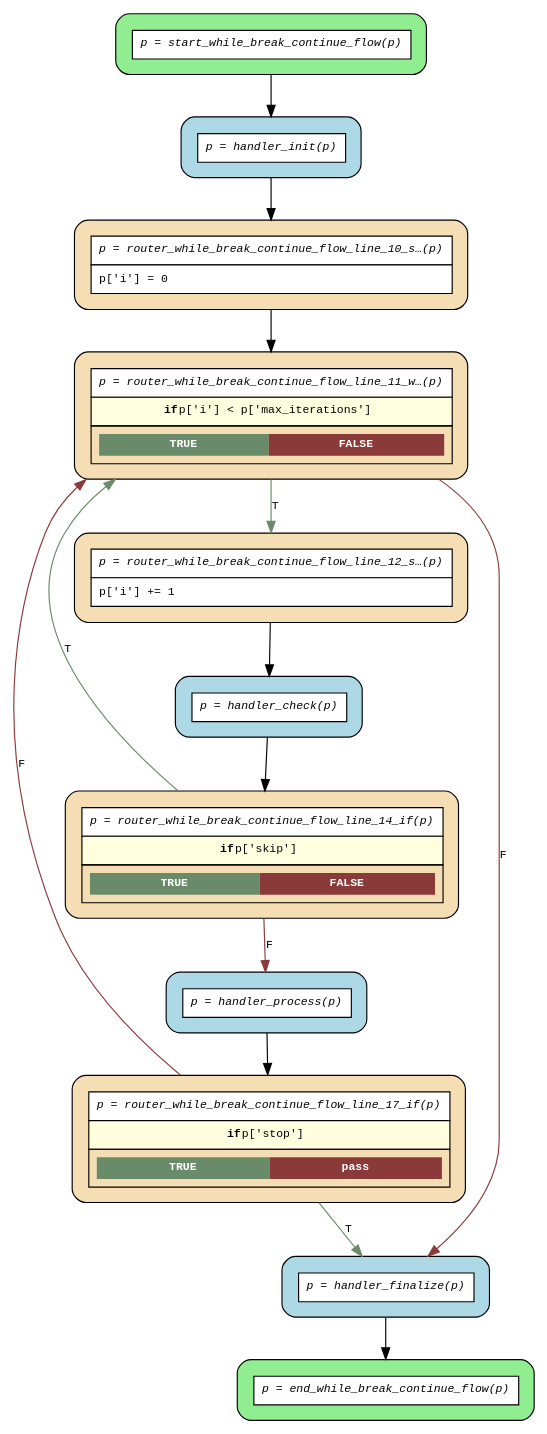
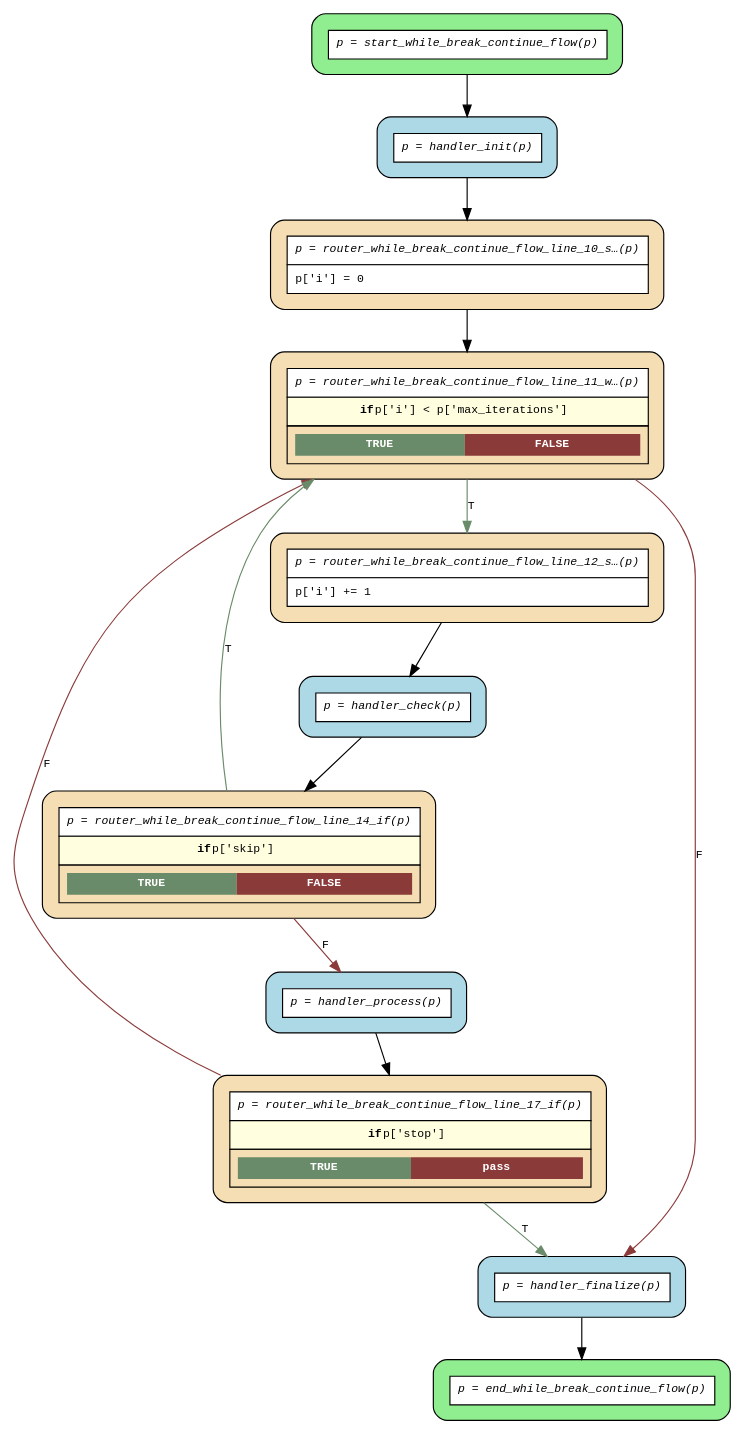
One commit to deliveryhero/asya changed the diagram in examples/flows/compiled/while_break_continue/flow.dot. Above: the diagram before and after it, drawn with Graphviz. The commit also changed 71 other files, not shown here.

```diff
--- a/examples/flows/compiled/while_break_continue/flow.dot
+++ b/examples/flows/compiled/while_break_continue/flow.dot
@@ -1,32 +1,32 @@
 digraph flow {
   rankdir=TB;
   graph [fontname="Courier", fontsize=10];
   node [fontname="Courier", fontsize=10, shape=box, style="filled,rounded", margin="0.2"];
   edge [fontname="Courier", fontsize=10];
 
-  start_while_break_continue_flow [fillcolor="lightgreen", label=<<table border="0" cellspacing="0" cellpadding="6" cellborder="1"><tr><td bgcolor="white" align="center"><i>p = start_while_break_continue_flow(p)</i></td></tr></table>>];
-  router_while_break_continue_flow_line_17_if [fillcolor="wheat", label=<<table border="0" cellspacing="0" cellpadding="6" cellborder="1"><tr><td bgcolor="white" align="center"><i>p = router_while_break_continue_flow_line_17_if(p)</i></td></tr><tr><td bgcolor="lightyellow"><b>if</b> p['stop']</td></tr><tr><td><table border="0" cellspacing="0" cellpadding="4"><tr><td bgcolor="darkseagreen4"><font color="white"><b>TRUE</b></font></td><td bgcolor="indianred4"><font color="white"><b>pass</b></font></td></tr></table></td></tr></table>>];
-  router_while_break_continue_flow_line_14_if [fillcolor="wheat", label=<<table border="0" cellspacing="0" cellpadding="6" cellborder="1"><tr><td bgcolor="white" align="center"><i>p = router_while_break_continue_flow_line_14_if(p)</i></td></tr><tr><td bgcolor="lightyellow"><b>if</b> p['skip']</td></tr><tr><td><table border="0" cellspacing="0" cellpadding="4"><tr><td bgcolor="darkseagreen4"><font color="white"><b>TRUE</b></font></td><td bgcolor="indianred4"><font color="white"><b>FALSE</b></font></td></tr></table></td></tr></table>>];
-  router_while_break_continue_flow_line_12_seq [fillcolor="wheat", label=<<table border="0" cellspacing="0" cellpadding="6" cellborder="1"><tr><td bgcolor="white" align="center"><i>p = router_while_break_continue_flow_line_12_s…(p)</i></td></tr><tr><td bgcolor="white" align="left">p['i'] += 1</td></tr></table>>];
-  router_while_break_continue_flow_line_11_while_0 [fillcolor="wheat", label=<<table border="0" cellspacing="0" cellpadding="6" cellborder="1"><tr><td bgcolor="white" align="center"><i>p = router_while_break_continue_flow_line_11_w…(p)</i></td></tr><tr><td bgcolor="lightyellow"><b>if</b> p['i'] &lt; p['max_iterations']</td></tr><tr><td><table border="0" cellspacing="0" cellpadding="4"><tr><td bgcolor="darkseagreen4"><font color="white"><b>TRUE</b></font></td><td bgcolor="indianred4"><font color="white"><b>FALSE</b></font></td></tr></table></td></tr></table>>];
-  router_while_break_continue_flow_line_10_seq [fillcolor="wheat", label=<<table border="0" cellspacing="0" cellpadding="6" cellborder="1"><tr><td bgcolor="white" align="center"><i>p = router_while_break_continue_flow_line_10_s…(p)</i></td></tr><tr><td bgcolor="white" align="left">p['i'] = 0</td></tr></table>>];
-  end_while_break_continue_flow [fillcolor="lightgreen", label=<<table border="0" cellspacing="0" cellpadding="6" cellborder="1"><tr><td bgcolor="white" align="center"><i>p = end_while_break_continue_flow(p)</i></td></tr></table>>];
+  start_while_break_continue_flow [fillcolor="lightgreen", group="main", label=<<table border="0" cellspacing="0" cellpadding="6" cellborder="1"><tr><td bgcolor="white" align="center"><i>p = start_while_break_continue_flow(p)</i></td></tr></table>>];
+  router_while_break_continue_flow_line_17_if [fillcolor="wheat", group="main", label=<<table border="0" cellspacing="0" cellpadding="6" cellborder="1"><tr><td bgcolor="white" align="center"><i>p = router_while_break_continue_flow_line_17_if(p)</i></td></tr><tr><td bgcolor="lightyellow"><b>if</b> p['stop']</td></tr><tr><td><table border="0" cellspacing="0" cellpadding="4"><tr><td bgcolor="darkseagreen4"><font color="white"><b>TRUE</b></font></td><td bgcolor="indianred4"><font color="white"><b>pass</b></font></td></tr></table></td></tr></table>>];
+  router_while_break_continue_flow_line_14_if [fillcolor="wheat", group="main", label=<<table border="0" cellspacing="0" cellpadding="6" cellborder="1"><tr><td bgcolor="white" align="center"><i>p = router_while_break_continue_flow_line_14_if(p)</i></td></tr><tr><td bgcolor="lightyellow"><b>if</b> p['skip']</td></tr><tr><td><table border="0" cellspacing="0" cellpadding="4"><tr><td bgcolor="darkseagreen4"><font color="white"><b>TRUE</b></font></td><td bgcolor="indianred4"><font color="white"><b>FALSE</b></font></td></tr></table></td></tr></table>>];
+  router_while_break_continue_flow_line_12_seq [fillcolor="wheat", group="main", label=<<table border="0" cellspacing="0" cellpadding="6" cellborder="1"><tr><td bgcolor="white" align="center"><i>p = router_while_break_continue_flow_line_12_s…(p)</i></td></tr><tr><td bgcolor="white" align="left">p['i'] += 1</td></tr></table>>];
+  router_while_break_continue_flow_line_11_while_0 [fillcolor="wheat", group="main", label=<<table border="0" cellspacing="0" cellpadding="6" cellborder="1"><tr><td bgcolor="white" align="center"><i>p = router_while_break_continue_flow_line_11_w…(p)</i></td></tr><tr><td bgcolor="lightyellow"><b>if</b> p['i'] &lt; p['max_iterations']</td></tr><tr><td><table border="0" cellspacing="0" cellpadding="4"><tr><td bgcolor="darkseagreen4"><font color="white"><b>TRUE</b></font></td><td bgcolor="indianred4"><font color="white"><b>FALSE</b></font></td></tr></table></td></tr></table>>];
+  router_while_break_continue_flow_line_10_seq [fillcolor="wheat", group="main", label=<<table border="0" cellspacing="0" cellpadding="6" cellborder="1"><tr><td bgcolor="white" align="center"><i>p = router_while_break_continue_flow_line_10_s…(p)</i></td></tr><tr><td bgcolor="white" align="left">p['i'] = 0</td></tr></table>>];
+  end_while_break_continue_flow [fillcolor="lightgreen", group="main", label=<<table border="0" cellspacing="0" cellpadding="6" cellborder="1"><tr><td bgcolor="white" align="center"><i>p = end_while_break_continue_flow(p)</i></td></tr></table>>];
   handler_check [fillcolor="lightblue", label=<<table border="0" cellspacing="0" cellpadding="6" cellborder="1"><tr><td bgcolor="white" align="center"><i>p = handler_check(p)</i></td></tr></table>>];
   handler_finalize [fillcolor="lightblue", label=<<table border="0" cellspacing="0" cellpadding="6" cellborder="1"><tr><td bgcolor="white" align="center"><i>p = handler_finalize(p)</i></td></tr></table>>];
   handler_init [fillcolor="lightblue", label=<<table border="0" cellspacing="0" cellpadding="6" cellborder="1"><tr><td bgcolor="white" align="center"><i>p = handler_init(p)</i></td></tr></table>>];
   handler_process [fillcolor="lightblue", label=<<table border="0" cellspacing="0" cellpadding="6" cellborder="1"><tr><td bgcolor="white" align="center"><i>p = handler_process(p)</i></td></tr></table>>];
 
   handler_check -> router_while_break_continue_flow_line_14_if;
   handler_finalize -> end_while_break_continue_flow;
   handler_init -> router_while_break_continue_flow_line_10_seq;
   handler_process -> router_while_break_continue_flow_line_17_if;
   router_while_break_continue_flow_line_10_seq -> router_while_break_continue_flow_line_11_while_0;
   router_while_break_continue_flow_line_11_while_0 -> handler_finalize [label="F", color=indianred4];
   router_while_break_continue_flow_line_11_while_0 -> router_while_break_continue_flow_line_12_seq [label="T", color=darkseagreen4];
   router_while_break_continue_flow_line_12_seq -> handler_check;
   router_while_break_continue_flow_line_14_if -> handler_process [label="F", color=indianred4];
   router_while_break_continue_flow_line_14_if -> router_while_break_continue_flow_line_11_while_0 [label="T", color=darkseagreen4];
   router_while_break_continue_flow_line_17_if -> handler_finalize [label="T", color=darkseagreen4];
   router_while_break_continue_flow_line_17_if -> router_while_break_continue_flow_line_11_while_0 [label="F", color=indianred4, constraint=false];
   start_while_break_continue_flow -> handler_init;
 }
```
